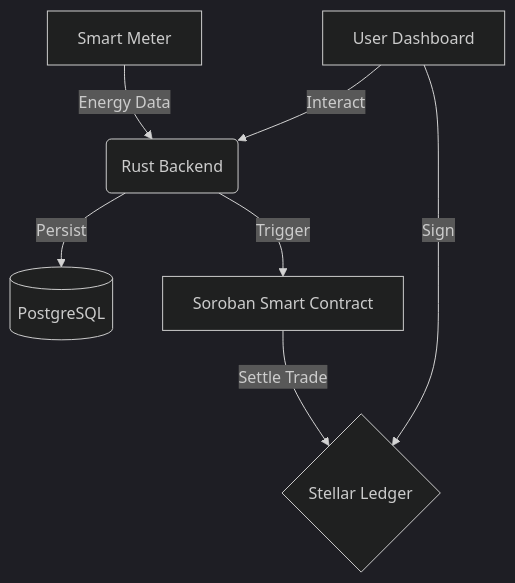
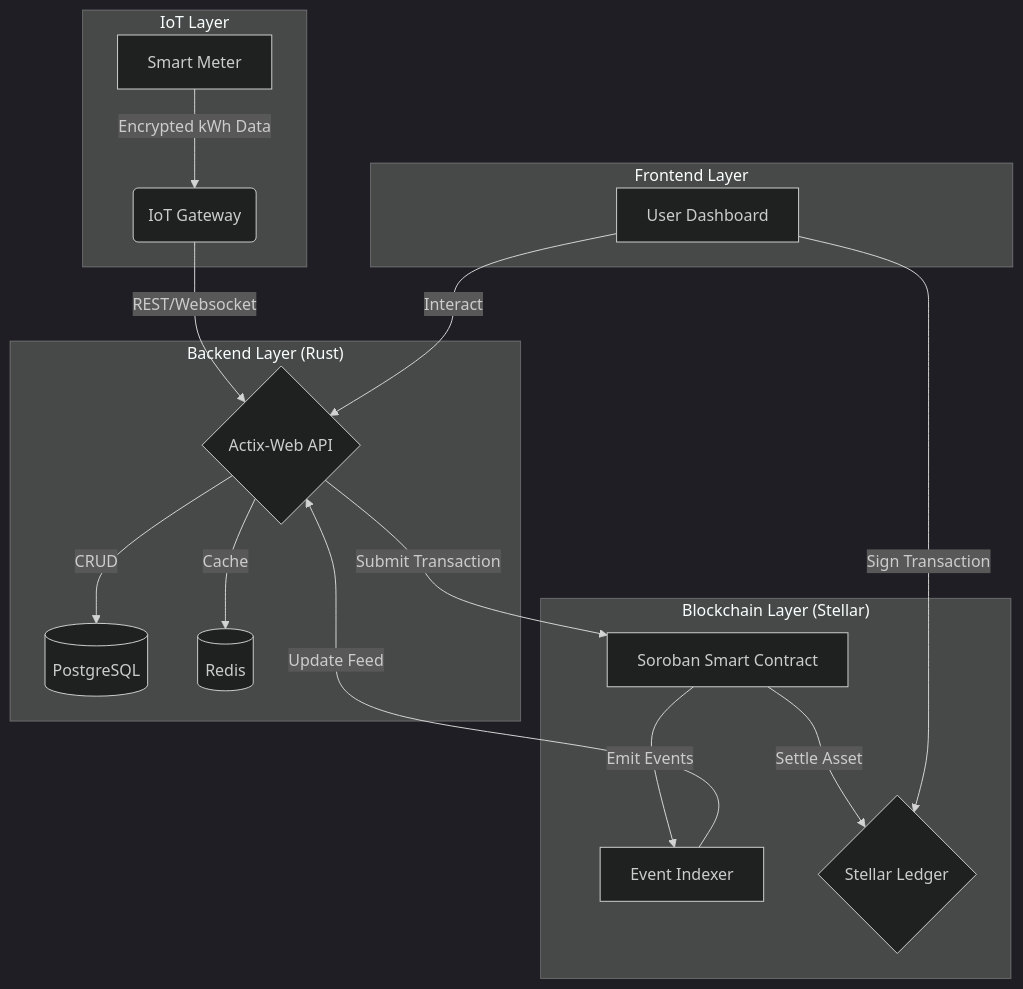
The diagram in README.md (Escelit/voltchain), drawn with Mermaid (dark theme) before and after one commit. The commit also changed other lines of this file, not shown here.

Commit message:
docs: expand README with technical rationale, API references, and contribution guide

````diff
--- a/README.md
+++ b/README.md
@@ -36,9 +37,24 @@
 ```mermaid
 graph TD
-    A[Smart Meter] -->|Energy Data| B(Rust Backend)
-    B -->|Persist| C[(PostgreSQL)]
-    B -->|Trigger| D[Soroban Smart Contract]
-    D -->|Settle Trade| E{Stellar Ledger}
-    F[User Dashboard] -->|Interact| B
-    F -->|Sign| E
+    subgraph "IoT Layer"
+        A[Smart Meter] -->|Encrypted kWh Data| B(IoT Gateway)
+    end
+    
+    subgraph "Backend Layer (Rust)"
+        B -->|REST/Websocket| C{Actix-Web API}
+        C -->|CRUD| D[(PostgreSQL)]
+        C -->|Cache| E[(Redis)]
+    end
+    
+    subgraph "Blockchain Layer (Stellar)"
+        C -->|Submit Transaction| F[Soroban Smart Contract]
+        F -->|Emit Events| G[Event Indexer]
+        G -->|Update Feed| C
+        F -->|Settle Asset| H{Stellar Ledger}
+    end
+    
+    subgraph "Frontend Layer"
+        I[User Dashboard] -->|Interact| C
+        I -->|Sign Transaction| H
+    end
 ```
````
